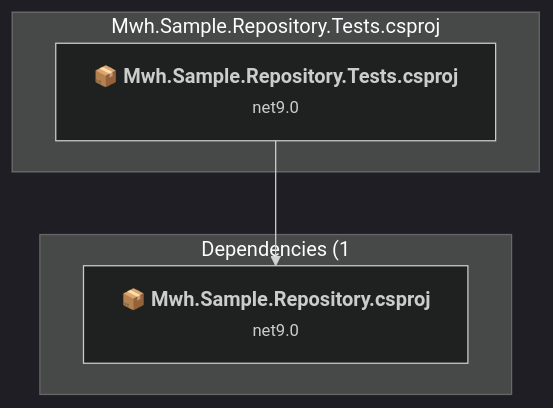
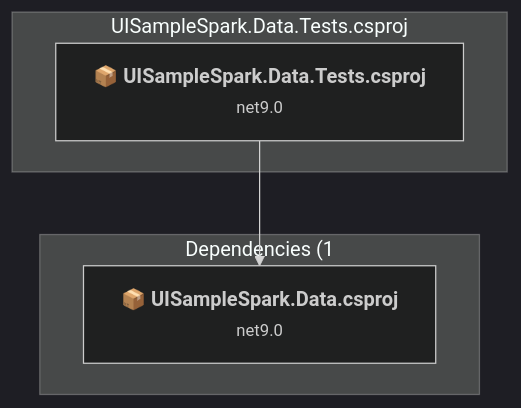
The sixth of 8 diagrams in .documentation/copilot/archive/upgrades/assessment.md (markhazleton/SampleMvcCRUD), drawn with Mermaid (dark theme) before and after one commit. The commit also changed other lines of this file and 393 other files, not shown here.

First line of the commit message:
feat: Rebrand to UISampleSpark with modernized project structure

````diff
--- a/.documentation/copilot/archive/upgrades/assessment.md
+++ b/.documentation/copilot/archive/upgrades/assessment.md
@@ -254,13 +254,13 @@
 ```mermaid
 flowchart TB
-    subgraph current["Mwh.Sample.Repository.Tests.csproj"]
-        MAIN["<b>📦&nbsp;Mwh.Sample.Repository.Tests.csproj</b><br/><small>net9.0</small>"]
-        click MAIN "#mwhsamplerepositorytestsmwhsamplerepositorytestscsproj"
+    subgraph current["UISampleSpark.Data.Tests.csproj"]
+        MAIN["<b>📦&nbsp;UISampleSpark.Data.Tests.csproj</b><br/><small>net9.0</small>"]
+        click MAIN "#uisamplesparkdatatestscsproj"
     end
     subgraph downstream["Dependencies (1"]
-        P4["<b>📦&nbsp;Mwh.Sample.Repository.csproj</b><br/><small>net9.0</small>"]
-        click P4 "#mwhsamplerepositorymwhsamplerepositorycsproj"
+        P4["<b>📦&nbsp;UISampleSpark.Data.csproj</b><br/><small>net9.0</small>"]
+        click P4 "#uisamplesparkdatacsproj"
     end
     MAIN --> P4
 
 ```
````
